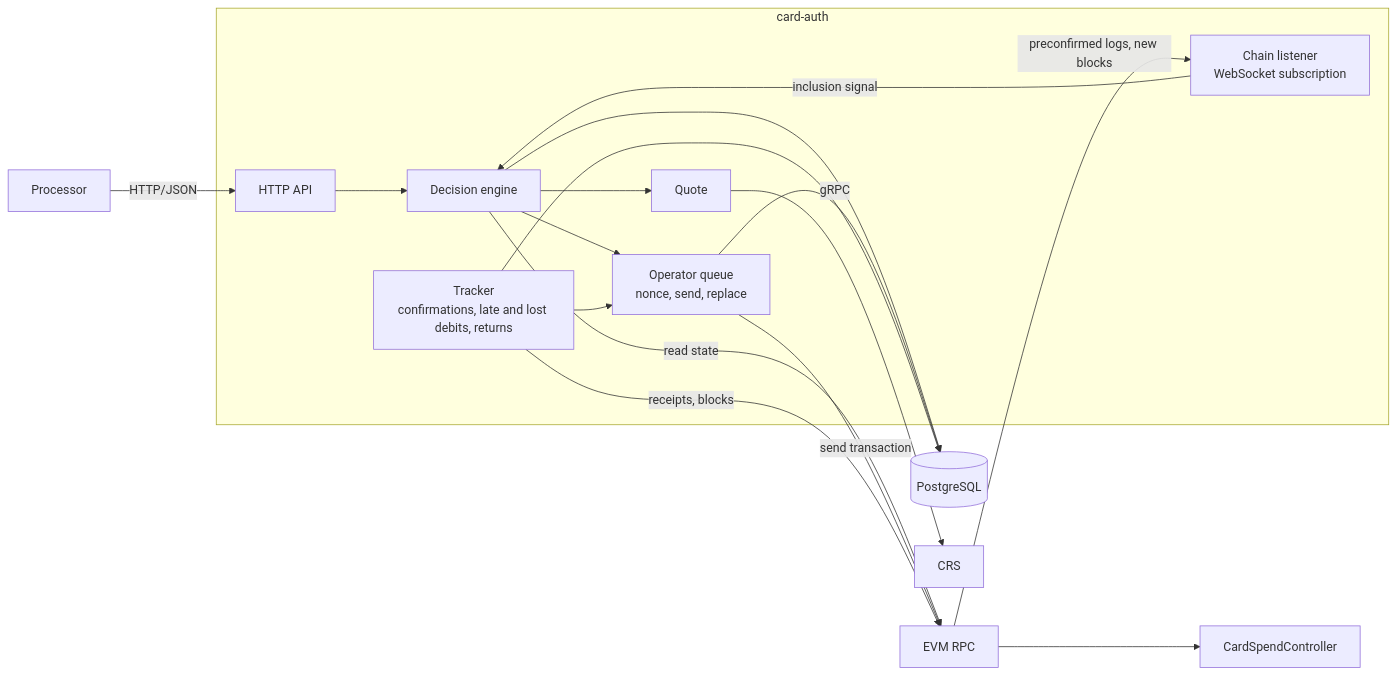
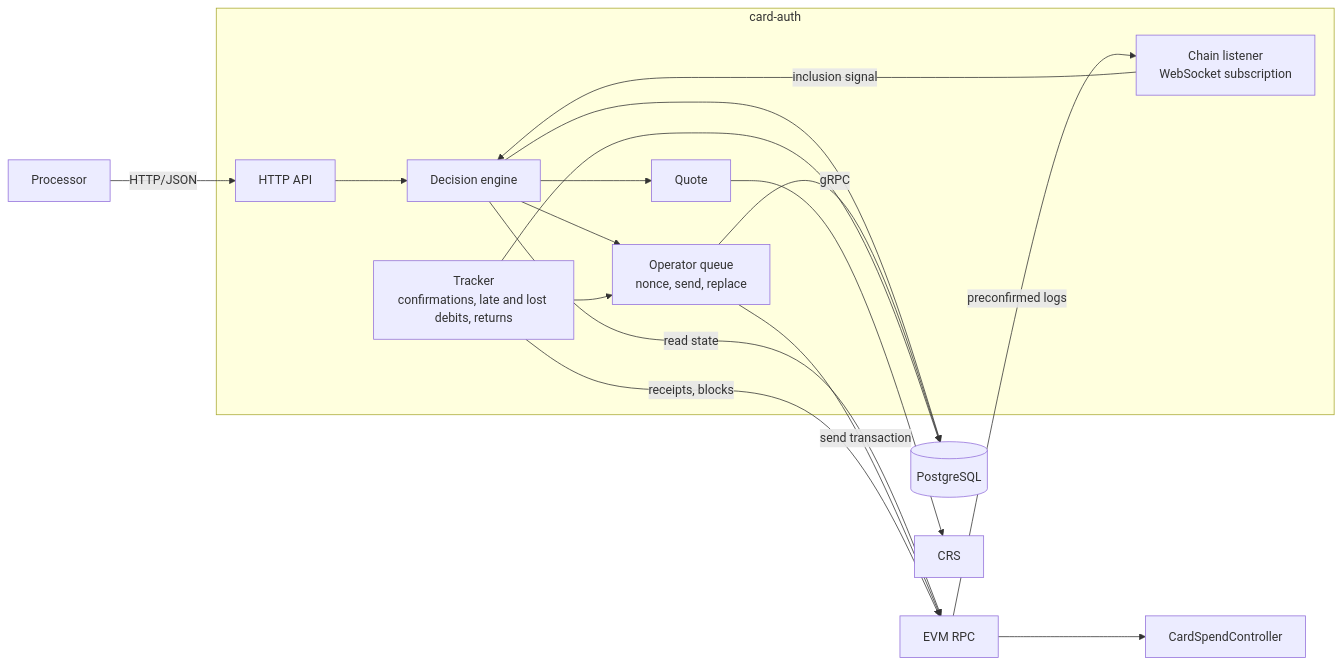
One commit to DigitLock/crypto-account-service changed the first of 5 diagrams in docs/srs/card-spend.md. Above: the diagram before and after it, drawn with Mermaid. The commit also changed other lines of this file and 10 other files, not shown here.

````diff
--- a/docs/srs/card-spend.md
+++ b/docs/srs/card-spend.md
@@ -34,34 +36,34 @@
 ```mermaid
 flowchart LR
     proc[Processor]
 
     subgraph auth[card-auth]
         api[HTTP API]
         engine[Decision engine]
         quote[Quote]
         queue[Operator queue<br/>nonce, send, replace]
         tracker[Tracker<br/>confirmations, late and lost debits, returns]
         listener[Chain listener<br/>WebSocket subscription]
     end
 
     db[(PostgreSQL)]
     crs[CRS]
     rpc[EVM RPC]
     ctrl[CardSpendController]
 
     proc -- "HTTP/JSON" --> api
     api --> engine
     engine --> quote
     quote -- "gRPC" --> crs
     engine -- "read state" --> rpc
     engine --> queue
     queue -- "send transaction" --> rpc
     tracker -- "receipts, blocks" --> rpc
-    rpc -- "preconfirmed logs, new blocks" --> listener
+    rpc -- "preconfirmed logs" --> listener
     listener -- "inclusion signal" --> engine
     tracker --> queue
     rpc --> ctrl
     engine --> db
     queue --> db
     tracker --> db
 ```
````
